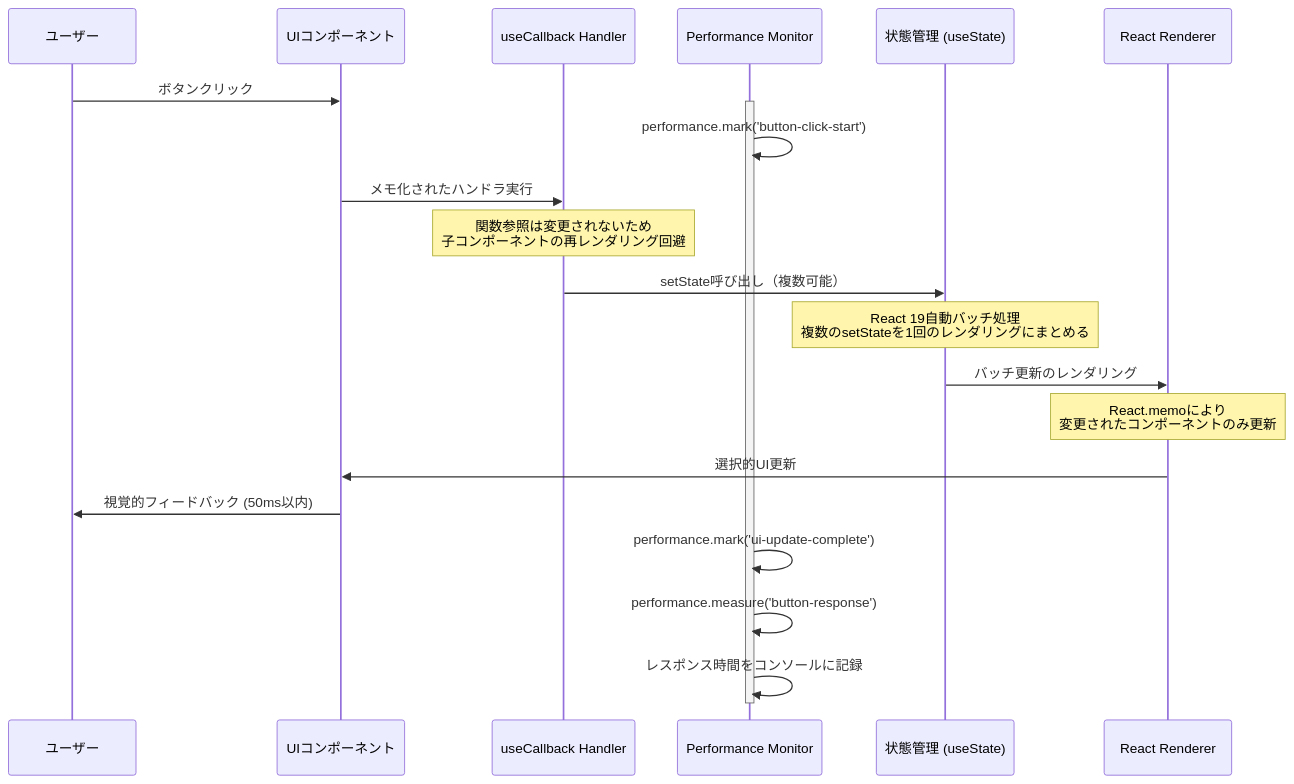
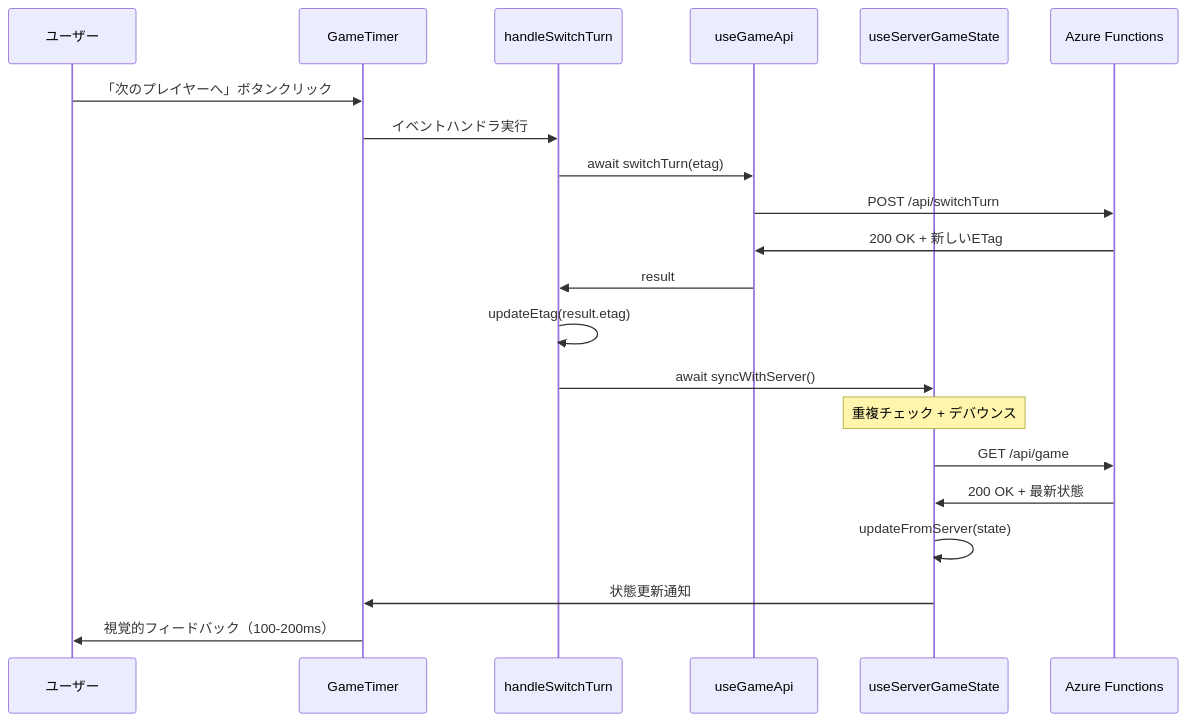
Before and after one commit to Jillrinn/tickTackFour: the second of 3 diagrams in .kiro/specs/button-response-optimization/design.md, drawn with Mermaid. The commit also changed other lines of this file and 3 other files, not shown here.

First line of the commit message:
設計再設計: ボタンレスポンス最適化（button-response-optimization）

````diff
--- a/.kiro/specs/button-response-optimization/design.md
+++ b/.kiro/specs/button-response-optimization/design.md
@@ -196,30 +300,28 @@
 ```mermaid
 sequenceDiagram
     participant User as ユーザー
-    participant UI as UIコンポーネント
-    participant Handler as useCallback Handler
-    participant Monitor as Performance Monitor
-    participant State as 状態管理 (useState)
-    participant Render as React Renderer
+    participant UI as GameTimer
+    participant Handler as handleSwitchTurn
+    participant API as useGameApi
+    participant ServerState as useServerGameState
+    participant Backend as Azure Functions
 
-    User->>UI: ボタンクリック
-    activate Monitor
-    Monitor->>Monitor: performance.mark('button-click-start')
+    User->>UI: 「次のプレイヤーへ」ボタンクリック
+    UI->>Handler: イベントハンドラ実行
 
-    UI->>Handler: メモ化されたハンドラ実行
-    Note over Handler: 関数参照は変更されないため<br/>子コンポーネントの再レンダリング回避
+    Handler->>API: await switchTurn(etag)
+    API->>Backend: POST /api/switchTurn
+    Backend->>API: 200 OK + 新しいETag
+    API->>Handler: result
 
-    Handler->>State: setState呼び出し（複数可能）
-    Note over State: React 19自動バッチ処理<br/>複数のsetStateを1回のレンダリングにまとめる
+    Handler->>Handler: updateEtag(result.etag)
 
-    State->>Render: バッチ更新のレンダリング
-    Note over Render: React.memoにより<br/>変更されたコンポーネントのみ更新
+    Handler->>ServerState: await syncWithServer()
+    Note over ServerState: 重複チェック + デバウンス
+    ServerState->>Backend: GET /api/game
+    Backend->>ServerState: 200 OK + 最新状態
+    ServerState->>ServerState: updateFromServer(state)
+    ServerState->>UI: 状態更新通知
 
-    Render->>UI: 選択的UI更新
-    UI->>User: 視覚的フィードバック (50ms以内)
-
-    Monitor->>Monitor: performance.mark('ui-update-complete')
-    Monitor->>Monitor: performance.measure('button-response')
-    Monitor->>Monitor: レスポンス時間をコンソールに記録
-    deactivate Monitor
+    UI->>User: 視覚的フィードバック（100-200ms）
 ```
````
